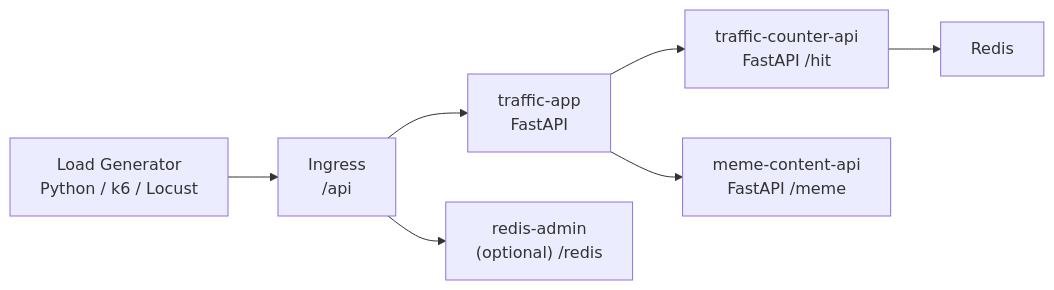
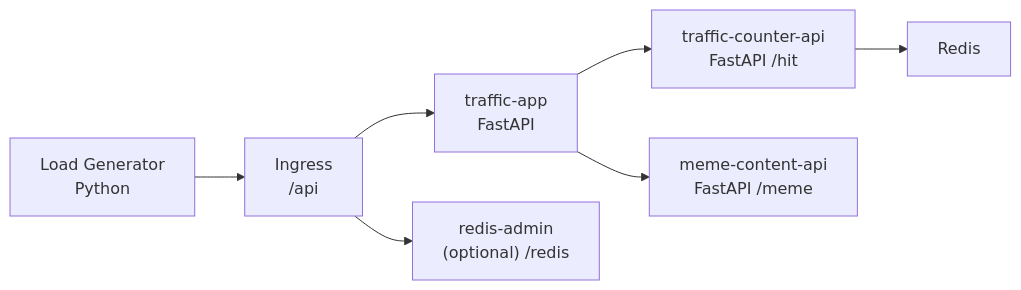
The diagram in README.md (JisuuungKim/kubernetes-project), drawn with Mermaid before and after one commit. The commit also changed other lines of this file and 6 other files, not shown here.

````diff
--- a/README.md
+++ b/README.md
@@ -35,9 +35,9 @@
 ```mermaid
 flowchart LR
-    A["Load Generator<br/>Python / k6 / Locust"] --> B["Ingress<br/>/api"]
+    A["Load Generator<br/>Python"] --> B["Ingress<br/>/api"]
     B --> C["traffic-app<br/>FastAPI"]
     C --> D["traffic-counter-api<br/>FastAPI /hit"]
     C --> E["meme-content-api<br/>FastAPI /meme"]
     D --> F["Redis"]
     B --> G["redis-admin<br/>(optional) /redis"]
 ```
````
